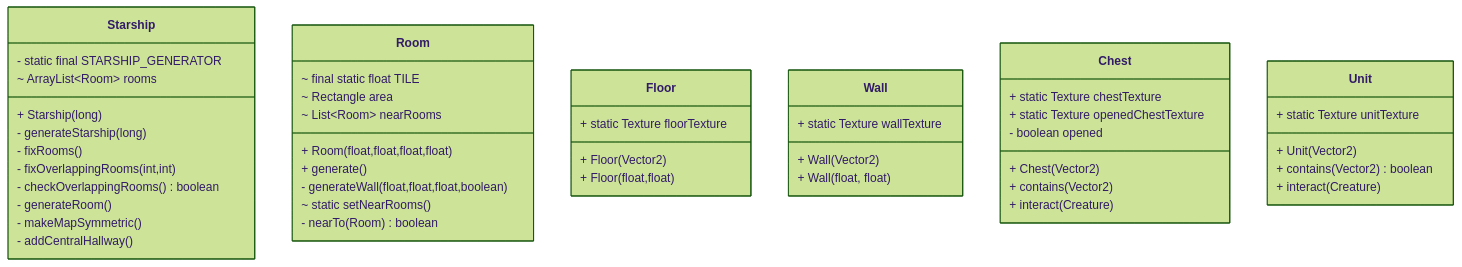
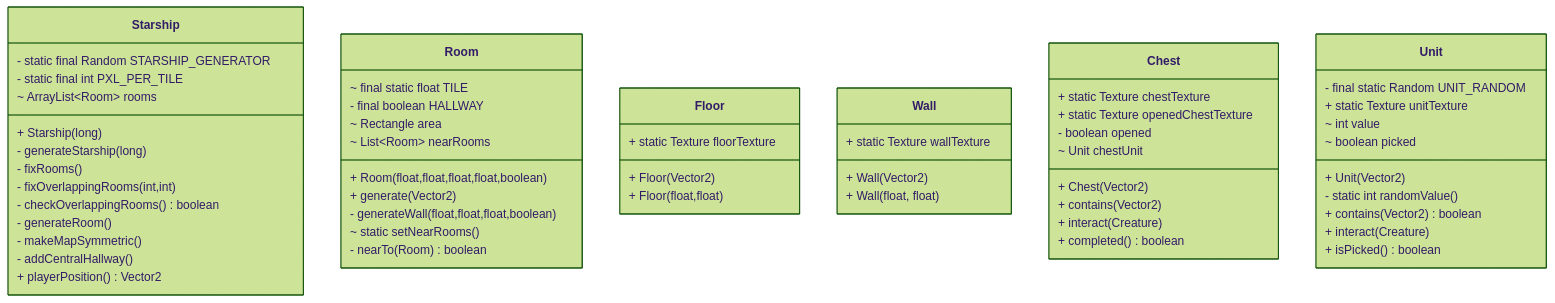
One commit to StrangeClone/PixelStars changed the diagram in core/src/com/pixelstar/terrain/README.md. Above: the diagram before and after it, drawn with Mermaid (forest theme). The commit also changed 13 other files, not shown here.

````diff
--- a/core/src/com/pixelstar/terrain/README.md
+++ b/core/src/com/pixelstar/terrain/README.md
@@ -4,49 +4,59 @@
 ```mermaid
 classDiagram
 class Starship{
-    - static final STARSHIP_GENERATOR
+    - static final Random STARSHIP_GENERATOR
+    - static final int PXL_PER_TILE
     ~ ArrayList~Room~ rooms
     + Starship(long)
     - generateStarship(long)
     - fixRooms()
     - fixOverlappingRooms(int,int)
     - checkOverlappingRooms() boolean
     - generateRoom()
     - makeMapSymmetric()
     - addCentralHallway()
+    + playerPosition() Vector2
 }
 class Room {
     ~ final static float TILE
+    - final boolean HALLWAY
     ~ Rectangle area
     ~ List~Room~ nearRooms
-    + Room(float,float,float,float)
-    + generate()
+    + Room(float,float,float,float,boolean)
+    + generate(Vector2)
     - generateWall(float,float,float,boolean)
     ~ static setNearRooms()
     - nearTo(Room) boolean
 }
 class Floor {
     + static Texture floorTexture
     + Floor(Vector2)
     + Floor(float,float)
 }
 class Wall {
     + static Texture wallTexture
     + Wall(Vector2)
     + Wall(float, float)
 }
 class Chest {
     + static Texture chestTexture
     + static Texture openedChestTexture
     - boolean opened
+    ~ Unit chestUnit
     + Chest(Vector2)
     + contains(Vector2)
     + interact(Creature)
+    + completed() boolean
 }
 class Unit {
+    - final static Random UNIT_RANDOM
     + static Texture unitTexture
+    ~ int value
+    ~ boolean picked
     + Unit(Vector2)
+    - static int randomValue()
     + contains(Vector2) boolean
     + interact(Creature)
+    + isPicked() boolean
 }
 ```
````
